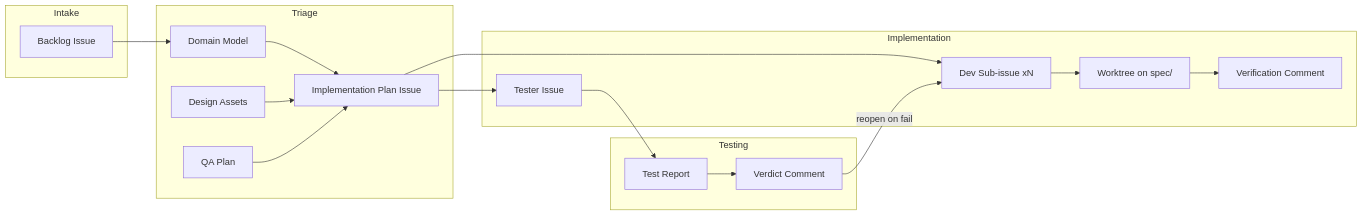
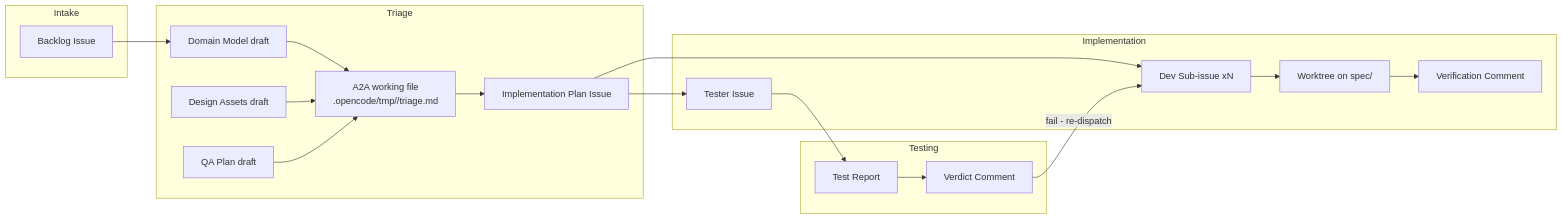
The diagram in docs/agentic-pipeline/artifacts.md (FredoAi/fredo), drawn with Mermaid before and after one commit. The commit also changed other lines of this file and 40 other files, not shown here.

````diff
--- a/docs/agentic-pipeline/artifacts.md
+++ b/docs/agentic-pipeline/artifacts.md
@@ -9,36 +9,38 @@
 ```mermaid
 flowchart LR
     subgraph Intake
         BL[Backlog Issue]
     end
 
     subgraph Triage
-        DM[Domain Model]
-        DS[Design Assets]
-        QAP[QA Plan]
+        DM[Domain Model draft]
+        DS[Design Assets draft]
+        QAP[QA Plan draft]
+        A2A[A2A working file<br/>.opencode/tmp/<issue>/triage.md]
         IP[Implementation Plan Issue]
     end
 
     subgraph Implementation
         SUB[Dev Sub-issue xN]
         TIS[Tester Issue]
         WT[Worktree on spec/<N>]
         VR[Verification Comment]
     end
 
     subgraph Testing
         TR[Test Report]
         VD[Verdict Comment]
     end
 
     BL --> DM
-    DM --> IP
-    DS --> IP
-    QAP --> IP
+    DM --> A2A
+    DS --> A2A
+    QAP --> A2A
+    A2A --> IP
     IP --> SUB
     IP --> TIS
     SUB --> WT
     WT --> VR
     TIS --> TR --> VD
-    VD -->|reopen on fail| SUB
+    VD -->|fail - re-dispatch| SUB
 ```
````
